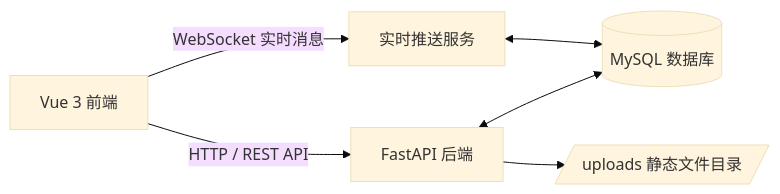
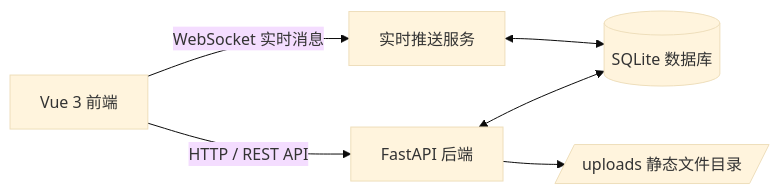
The diagram in README.md (Suweat1/fastapi-vue-sqlite), drawn with Mermaid (base theme) before and after one commit. The commit also changed other lines of this file, not shown here.

````diff
--- a/README.md
+++ b/README.md
@@ -23,8 +23,8 @@
 ```mermaid
 flowchart LR
     A[Vue 3 前端] -->|HTTP / REST API| B[FastAPI 后端]
     A -->|WebSocket 实时消息| C[实时推送服务]
-    B <--> D[(MySQL 数据库)]
+    B <--> D[(SQLite 数据库)]
     B --> E[/uploads 静态文件目录/]
     C <--> D
 ```
````
